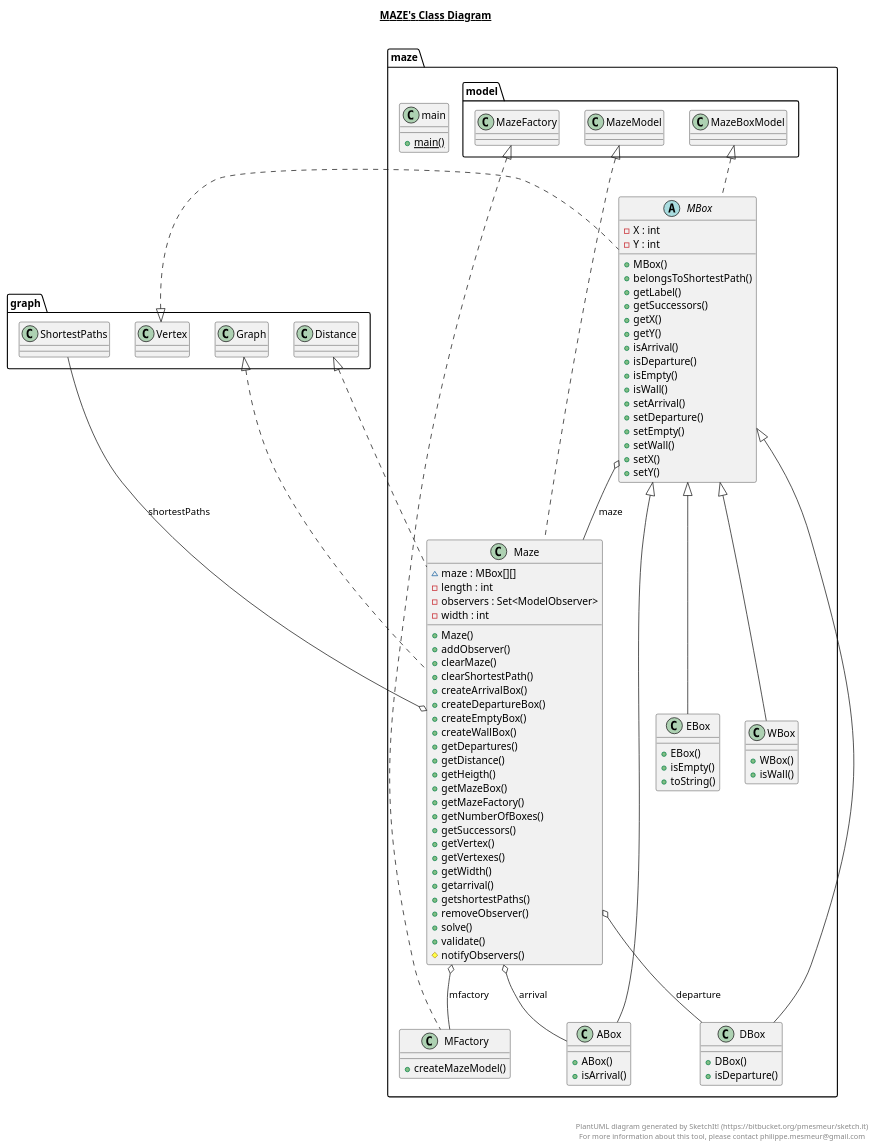
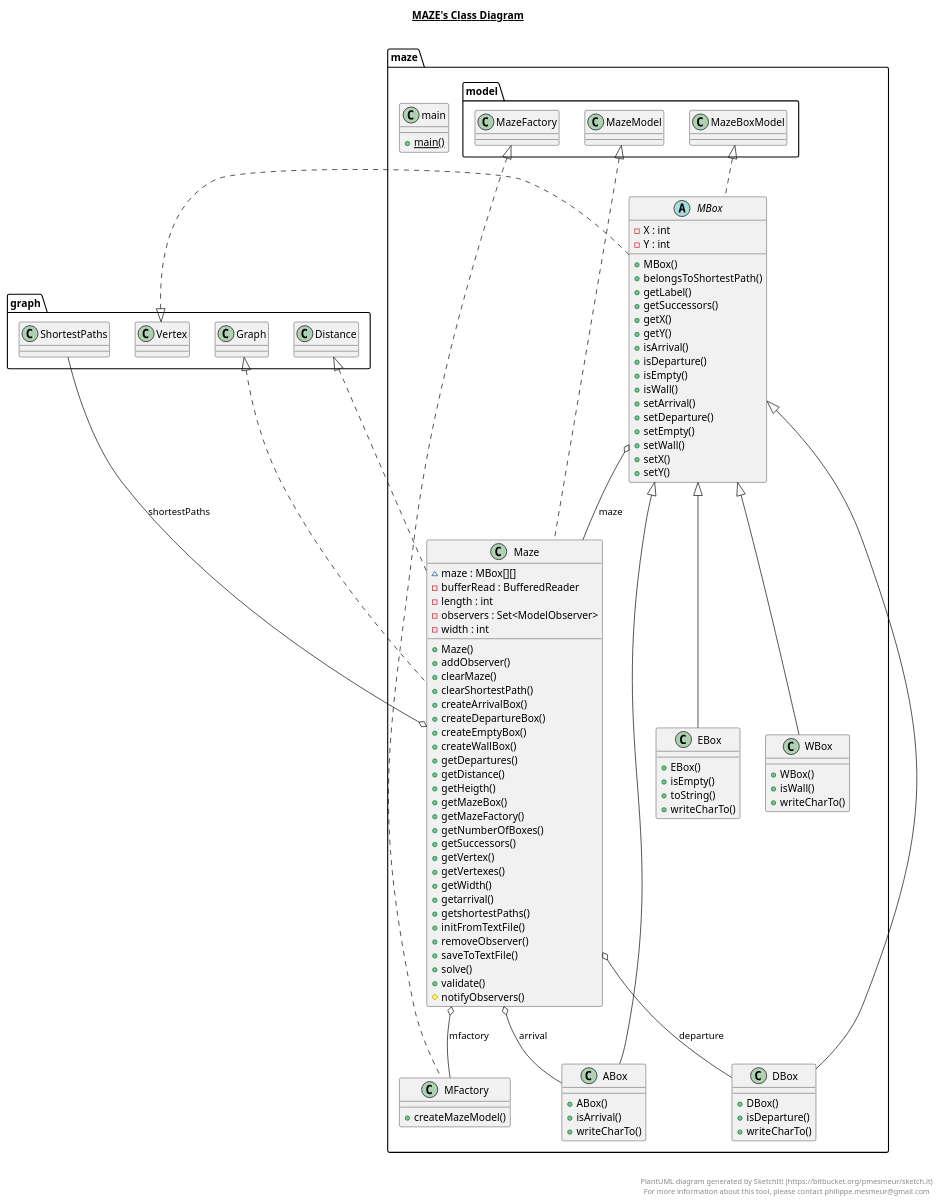
One commit to kali973/tp06MazuiDijkstra changed the diagram in src/maze/maze.plantuml. Above: the diagram before and after it, drawn with PlantUML. The commit also changed 29 other files, not shown here.

```diff
--- a/src/maze/maze.plantuml
+++ b/src/maze/maze.plantuml
@@ -1,134 +1,141 @@
 @startuml
 
 title __MAZE's Class Diagram__\n
 
   namespace maze {
     class maze.ABox {
         + ABox()
         + isArrival()
+        + writeCharTo()
     }
   }
   
 
   namespace maze {
     class maze.DBox {
         + DBox()
         + isDeparture()
+        + writeCharTo()
     }
   }
   
 
   namespace maze {
     class maze.EBox {
         + EBox()
         + isEmpty()
         + toString()
+        + writeCharTo()
     }
   }
   
 
   namespace maze {
     abstract class maze.MBox {
         - X : int
         - Y : int
         + MBox()
         + belongsToShortestPath()
         + getLabel()
         + getSuccessors()
         + getX()
         + getY()
         + isArrival()
         + isDeparture()
         + isEmpty()
         + isWall()
         + setArrival()
         + setDeparture()
         + setEmpty()
         + setWall()
         + setX()
         + setY()
     }
   }
   
 
   namespace maze {
     class maze.MFactory {
         + createMazeModel()
     }
   }
   
 
   namespace maze {
     class maze.Maze {
         ~ maze : MBox[][]
+        - bufferRead : BufferedReader
         - length : int
         - observers : Set<ModelObserver>
         - width : int
         + Maze()
         + addObserver()
         + clearMaze()
         + clearShortestPath()
         + createArrivalBox()
         + createDepartureBox()
         + createEmptyBox()
         + createWallBox()
         + getDepartures()
         + getDistance()
         + getHeigth()
         + getMazeBox()
         + getMazeFactory()
         + getNumberOfBoxes()
         + getSuccessors()
         + getVertex()
         + getVertexes()
         + getWidth()
         + getarrival()
         + getshortestPaths()
+        + initFromTextFile()
         + removeObserver()
+        + saveToTextFile()
         + solve()
         + validate()
         # notifyObservers()
     }
   }
   
 
   namespace maze {
     class maze.WBox {
         + WBox()
         + isWall()
+        + writeCharTo()
     }
   }
   
 
   namespace maze {
     class maze.main {
         {static} + main()
     }
   }
   
 
   maze.ABox -up-|> maze.MBox
   maze.DBox -up-|> maze.MBox
   maze.EBox -up-|> maze.MBox
   maze.MBox .up.|> graph.Vertex
   maze.MBox .up.|> maze.model.MazeBoxModel
   maze.MBox o-- maze.Maze : maze
   maze.MFactory .up.|> maze.model.MazeFactory
   maze.Maze .up.|> graph.Distance
   maze.Maze .up.|> graph.Graph
   maze.Maze .up.|> maze.model.MazeModel
   maze.Maze o-- maze.ABox : arrival
   maze.Maze o-- maze.DBox : departure
   maze.Maze o-- maze.MFactory : mfactory
   maze.Maze o-- graph.ShortestPaths : shortestPaths
   maze.WBox -up-|> maze.MBox
 
 
 right footer
 
 
 PlantUML diagram generated by SketchIt! (https://bitbucket.org/pmesmeur/sketch.it)
 For more information about this tool, please contact philippe.mesmeur@gmail.com
 endfooter
 
 @enduml
```
